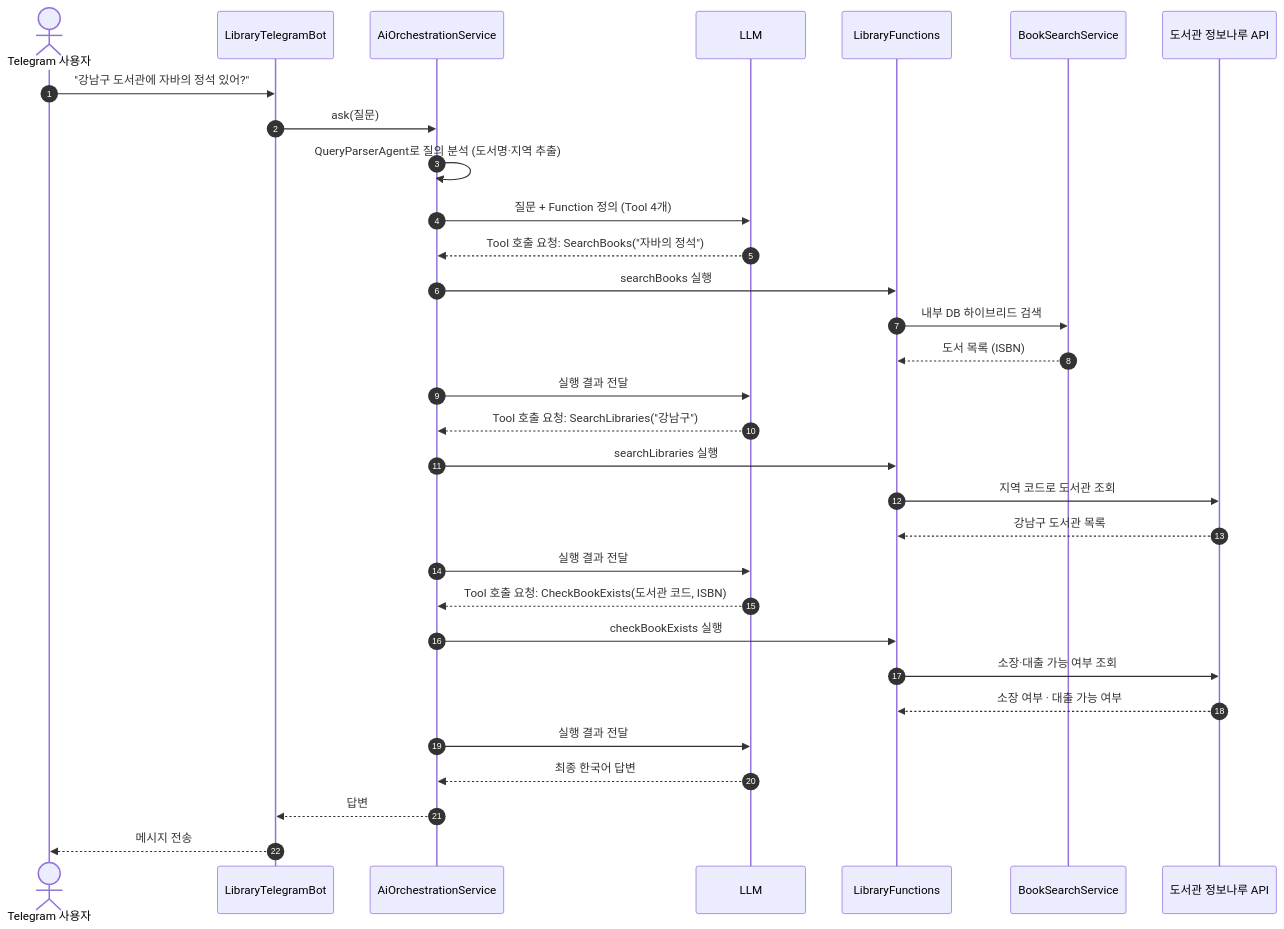
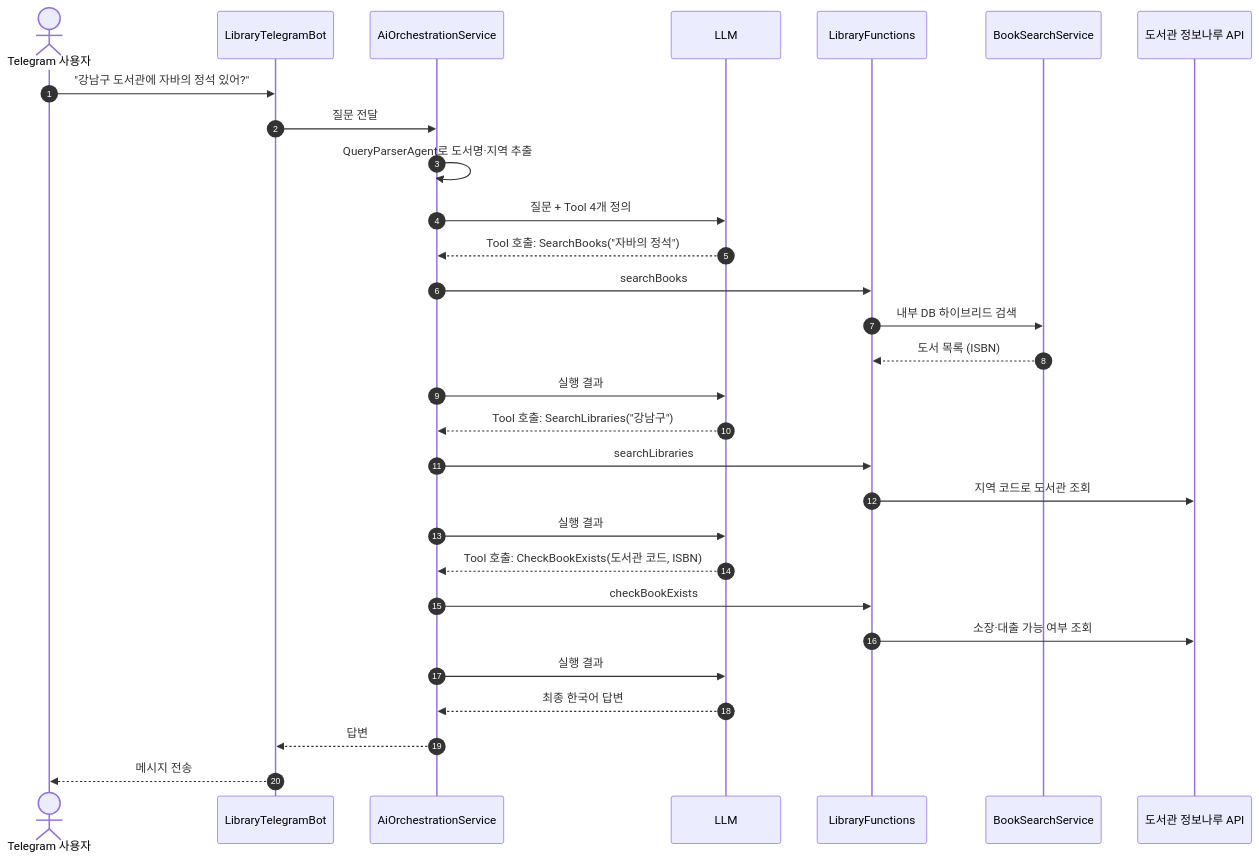
One commit to nhn-academy-marco/ai-library changed the second of 2 diagrams in README.md. Above: the diagram before and after it, drawn with Mermaid. The commit also changed other lines of this file and 1 other file, not shown here.

````diff
--- a/README.md
+++ b/README.md
@@ -182,34 +117,32 @@
 ```mermaid
 sequenceDiagram
     autonumber
     actor U as Telegram 사용자
     participant B as LibraryTelegramBot
     participant O as AiOrchestrationService
     participant L as LLM
     participant F as LibraryFunctions
     participant S as BookSearchService
     participant N as 도서관 정보나루 API
 
     U->>B: "강남구 도서관에 자바의 정석 있어?"
-    B->>O: ask(질문)
-    O->>O: QueryParserAgent로 질의 분석 (도서명·지역 추출)
-    O->>L: 질문 + Function 정의 (Tool 4개)
-    L-->>O: Tool 호출 요청: SearchBooks("자바의 정석")
-    O->>F: searchBooks 실행
+    B->>O: 질문 전달
+    O->>O: QueryParserAgent로 도서명·지역 추출
+    O->>L: 질문 + Tool 4개 정의
+    L-->>O: Tool 호출: SearchBooks("자바의 정석")
+    O->>F: searchBooks
     F->>S: 내부 DB 하이브리드 검색
     S-->>F: 도서 목록 (ISBN)
-    O->>L: 실행 결과 전달
-    L-->>O: Tool 호출 요청: SearchLibraries("강남구")
-    O->>F: searchLibraries 실행
+    O->>L: 실행 결과
+    L-->>O: Tool 호출: SearchLibraries("강남구")
+    O->>F: searchLibraries
     F->>N: 지역 코드로 도서관 조회
-    N-->>F: 강남구 도서관 목록
-    O->>L: 실행 결과 전달
-    L-->>O: Tool 호출 요청: CheckBookExists(도서관 코드, ISBN)
-    O->>F: checkBookExists 실행
+    O->>L: 실행 결과
+    L-->>O: Tool 호출: CheckBookExists(도서관 코드, ISBN)
+    O->>F: checkBookExists
     F->>N: 소장·대출 가능 여부 조회
-    N-->>F: 소장 여부 · 대출 가능 여부
-    O->>L: 실행 결과 전달
+    O->>L: 실행 결과
     L-->>O: 최종 한국어 답변
     O-->>B: 답변
     B-->>U: 메시지 전송
 ```
````
